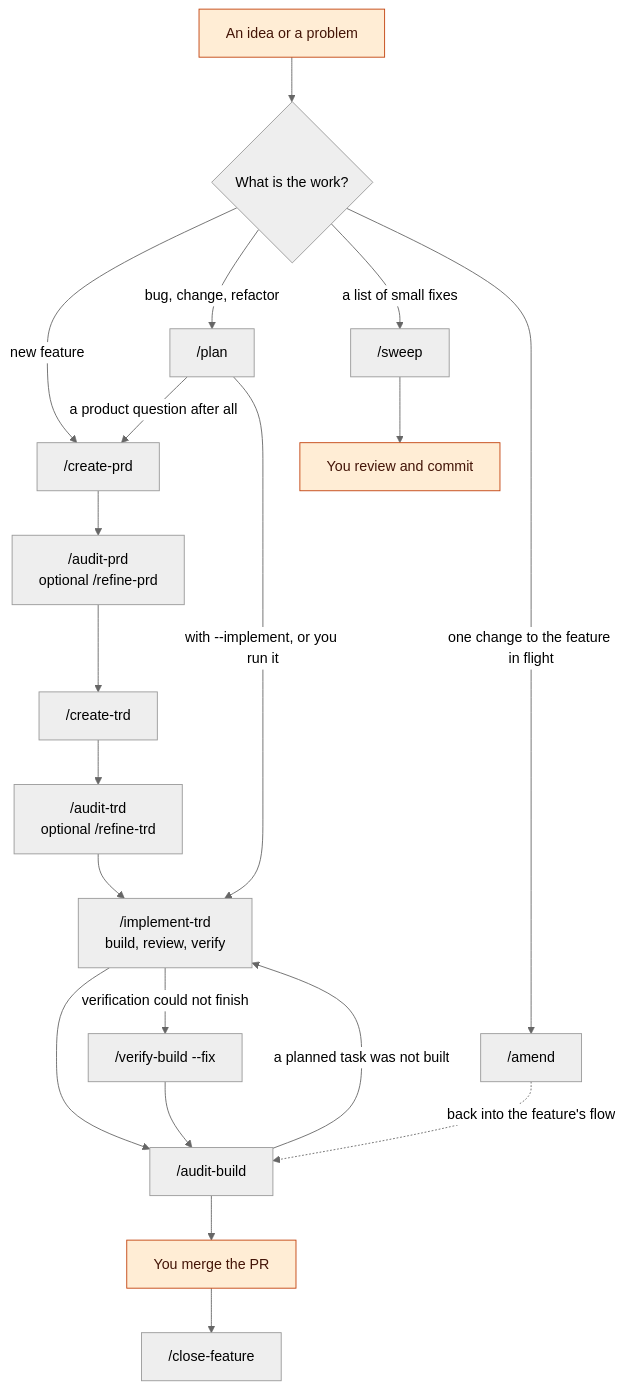
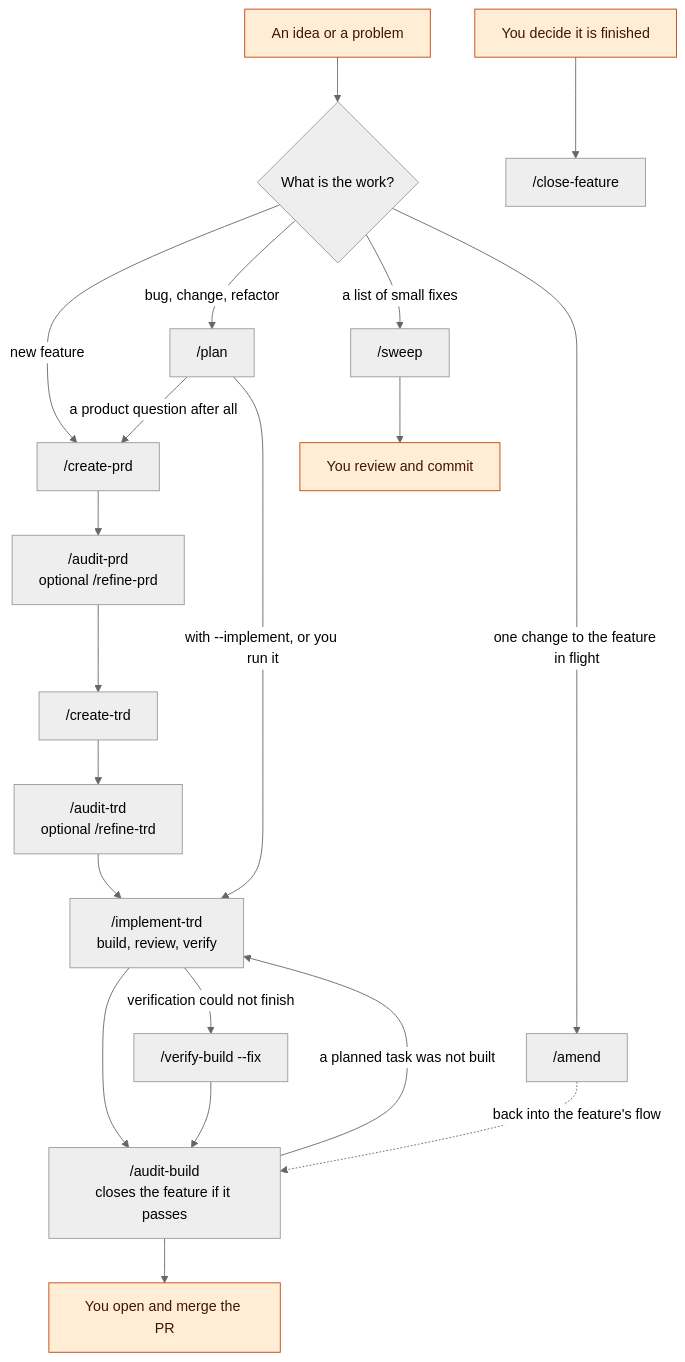
Before and after one commit to FortiumPartners/ensemble-vnext: the first of 12 diagrams in docs/guides/PROCESS.md, drawn with Mermaid (neutral theme). The commit also changed other lines of this file and 33 other files, not shown here.

First line of the commit message:
feat(close-out): two ways to close a feature, and closing is bookkeeping (owner decision)

````diff
--- a/docs/guides/PROCESS.md
+++ b/docs/guides/PROCESS.md
@@ -36,15 +36,16 @@
 ```mermaid
 flowchart TD
     idea["An idea or a problem"]:::you --> q{"What is the work?"}
-    q -->|"new feature"| cprd["/create-prd"] --> aprd["/audit-prd<br/>optional /refine-prd"] --> ctrd["/create-trd"] --> atrd["/audit-trd<br/>optional /refine-trd"] --> impl["/implement-trd<br/>build, review, verify"] --> ab["/audit-build"] --> merge["You merge the PR"]:::you --> close["/close-feature"]
+    q -->|"new feature"| cprd["/create-prd"] --> aprd["/audit-prd<br/>optional /refine-prd"] --> ctrd["/create-trd"] --> atrd["/audit-trd<br/>optional /refine-trd"] --> impl["/implement-trd<br/>build, review, verify"] --> ab["/audit-build<br/>closes the feature if it passes"] --> merge["You open and merge the PR"]:::you
     q -->|"bug, change, refactor"| plan["/plan"]
     plan -->|"a product question after all"| cprd
     plan -->|"with --implement, or you run it"| impl
     q -->|"a list of small fixes"| sweep["/sweep"] --> commit["You review and commit"]:::you
     q -->|"one change to the feature in flight"| amend["/amend"] -.->|"back into the feature's flow"| ab
     ab -->|"a planned task was not built"| impl
     impl -->|"verification could not finish"| vb["/verify-build --fix"] --> ab
+    you2["You decide it is finished"]:::you --> cf["/close-feature"]
     classDef code fill:#dbeafe,stroke:#1d4ed8,color:#0b1d4a
     classDef model fill:#ede9fe,stroke:#6d28d9,color:#2e1065
     classDef you fill:#ffedd5,stroke:#c2410c,color:#431407
 ```
````
